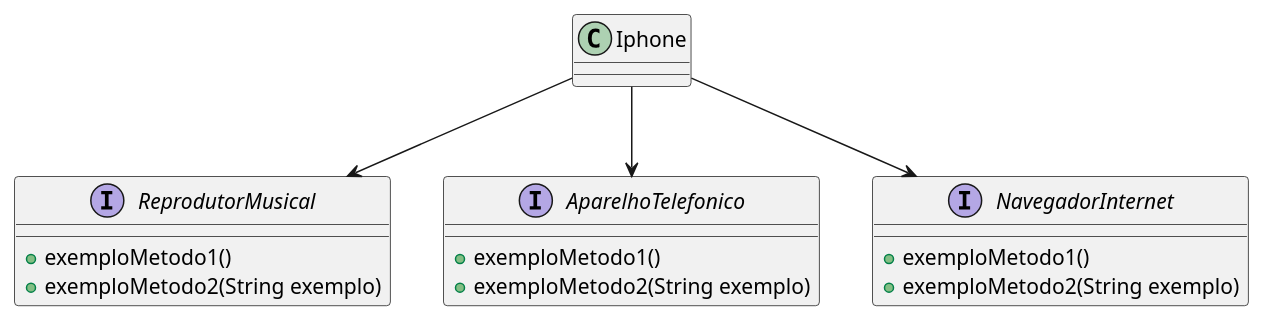
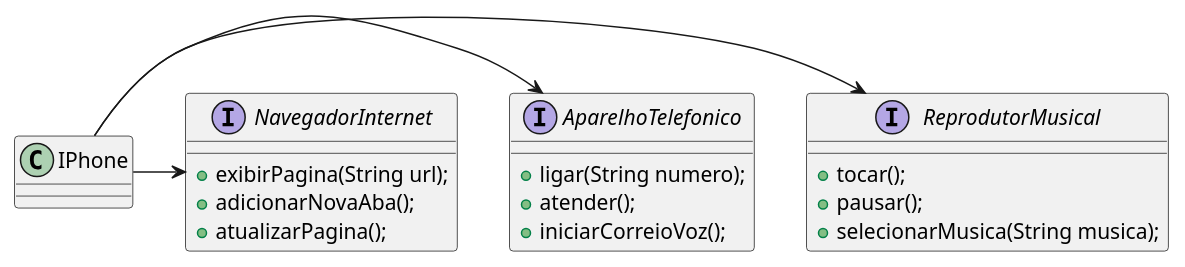
One commit to raphaelarcanjo/desafio-dio-poo changed the diagram in desafio-dio-poo.puml. Above: the diagram before and after it, drawn with PlantUML. The commit also changed other lines of this file and 2 other files, not shown here.

Commit message:
Correção no diagrama para acrescentar o nome dos métodos

```diff
--- a/desafio-dio-poo.puml
+++ b/desafio-dio-poo.puml
@@ -6,24 +6,27 @@
 @startuml IPhone
 
 interface ReprodutorMusical {
-    +exemploMetodo1()
-    +exemploMetodo2(String exemplo)
+    +tocar();
+    +pausar();
+    +selecionarMusica(String musica);
 }
 
 interface AparelhoTelefonico {
-    +exemploMetodo1()
-    +exemploMetodo2(String exemplo)
+    +ligar(String numero);
+    +atender();
+    +iniciarCorreioVoz();
 }
 
 interface NavegadorInternet {
-    +exemploMetodo1()
-    +exemploMetodo2(String exemplo)
+    +exibirPagina(String url);
+    +adicionarNovaAba();
+    +atualizarPagina();
 }
 
-class Iphone {}
+class IPhone {}
 
-Iphone --> ReprodutorMusical
-Iphone --> AparelhoTelefonico
-Iphone --> NavegadorInternet
+IPhone -> ReprodutorMusical
+IPhone -> AparelhoTelefonico
+IPhone -> NavegadorInternet
 
 @enduml
```
